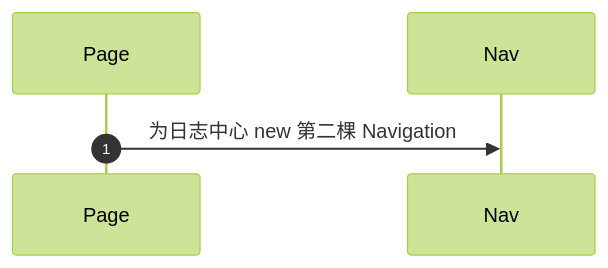
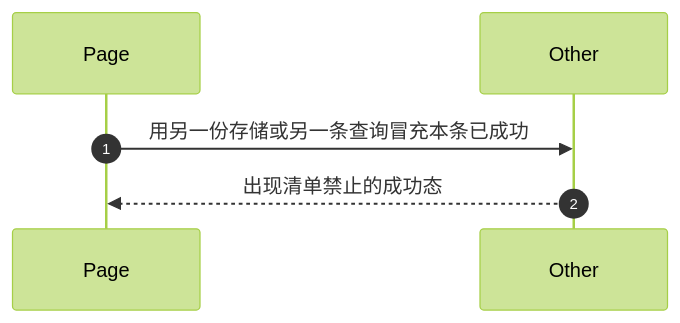
One commit to yohurm/HarmonyOS-YoWireTools changed the fourth of 4 diagrams in docs/goal/architecture/workbench/WB-006.md. Above: the diagram before and after it, drawn with Mermaid (forest theme). The commit also changed other lines of this file and 30 other files, not shown here.

````diff
--- a/docs/goal/architecture/workbench/WB-006.md
+++ b/docs/goal/architecture/workbench/WB-006.md
@@ -85,7 +97,8 @@
 ```mermaid
 sequenceDiagram
   autonumber
   participant Page
-  participant Nav
-  Page->>Nav: 为日志中心 new 第二棵 Navigation
+  participant Other
+  Page->>Other: 用另一份存储或另一条查询冒充本条已成功
+  Other-->>Page: 出现清单禁止的成功态
 ```
````
